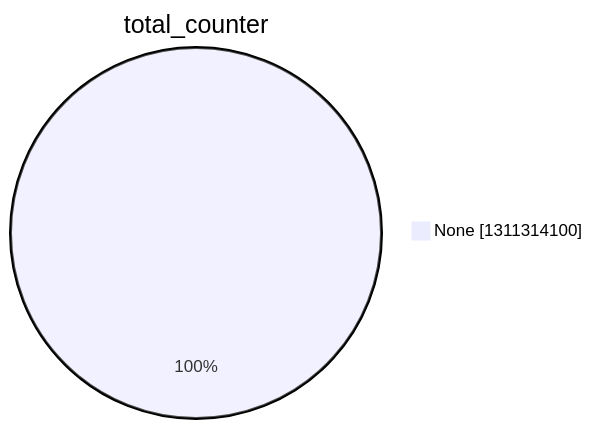
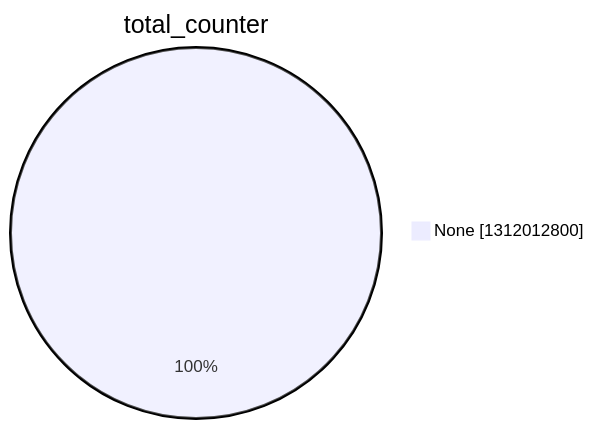
The second of 15 diagrams in argon2022/README.md (christiankrug/ctmonitor_visualization), drawn with Mermaid before and after one commit. The commit also changed other lines of this file, not shown here.

````diff
--- a/argon2022/README.md
+++ b/argon2022/README.md
@@ -9,5 +9,5 @@
 ```mermaid
 pie showData
 title total_counter
-"None" :1311314100
+"None" :1312012800
 ```
````
